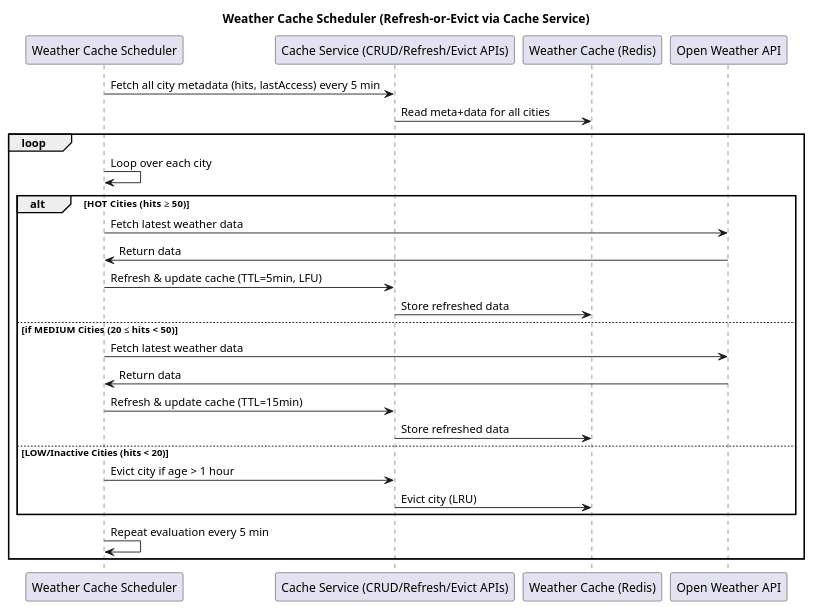
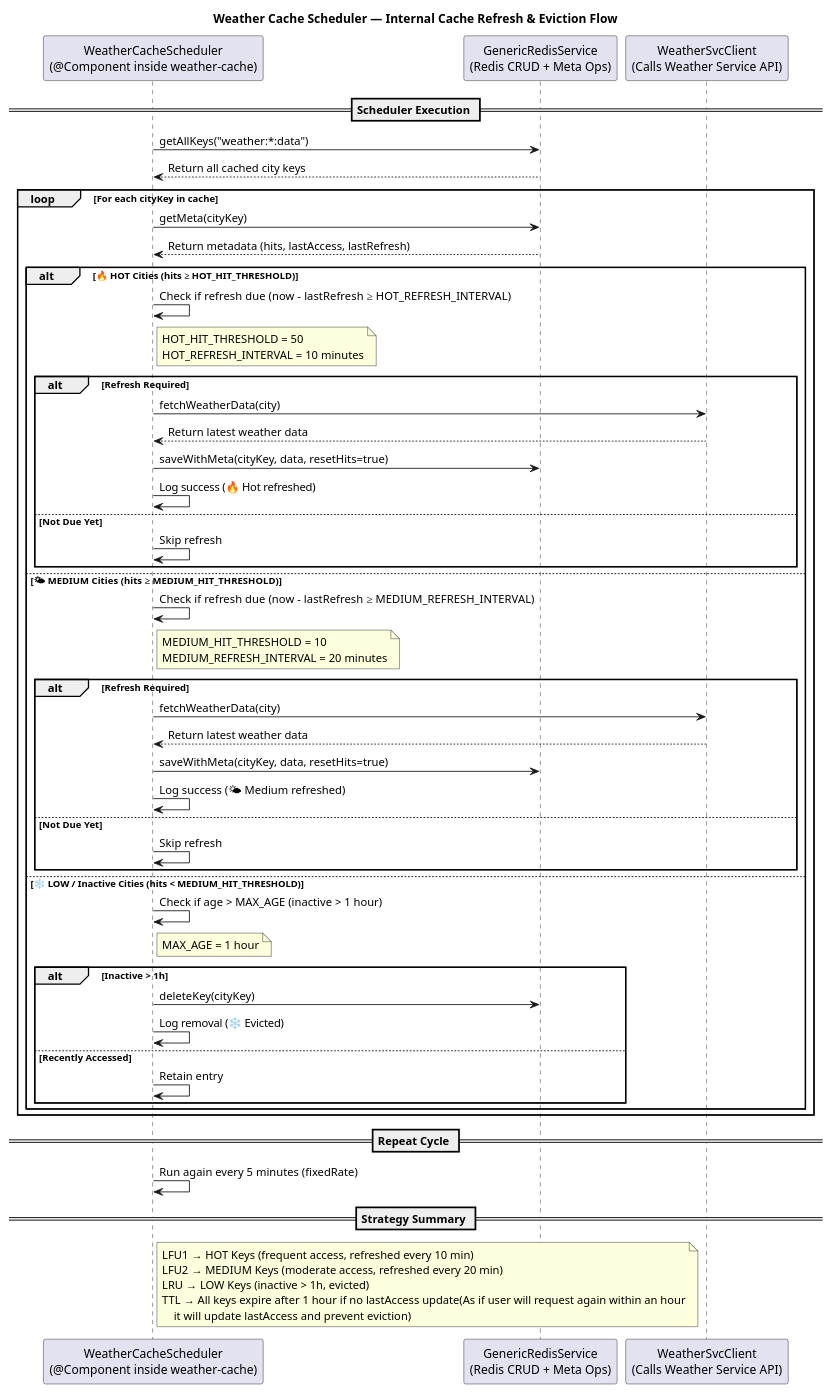
Before and after one commit to shivamnamdeo0101/weather-app: the diagram in SequnceSchedularDig.puml, drawn with PlantUML.

Commit message:
schedular uml updated

```diff
--- a/SequnceSchedularDig.puml
+++ b/SequnceSchedularDig.puml
@@ -1,33 +1,72 @@
 @startuml
-title Weather Cache Scheduler (Refresh-or-Evict via Cache Service)
+title Weather Cache Scheduler — Internal Cache Refresh & Eviction Flow
 
-participant "Weather Cache Scheduler" as scheduler
-participant "Cache Service (CRUD/Refresh/Evict APIs)" as service
-participant "Weather Cache (Redis)" as cache
-participant "Open Weather API" as api
+participant "WeatherCacheScheduler\n(@Component inside weather-cache)" as scheduler
+participant "GenericRedisService\n(Redis CRUD + Meta Ops)" as redis
+participant "WeatherSvcClient\n(Calls Weather Service API)" as svc
 
-scheduler -> service: Fetch all city metadata (hits, lastAccess) every 5 min
-service -> cache: Read meta+data for all cities
+== Scheduler Execution ==
+scheduler -> redis: getAllKeys("weather:*:data")
+redis --> scheduler: Return all cached city keys
 
-loop
-    scheduler -> scheduler: Loop over each city
+loop For each cityKey in cache
+    scheduler -> redis: getMeta(cityKey)
+    redis --> scheduler: Return metadata (hits, lastAccess, lastRefresh)
 
-    alt HOT Cities (hits ≥ 50)
-        scheduler -> api: Fetch latest weather data
-        api -> scheduler: Return data
-        scheduler -> service: Refresh & update cache (TTL=5min, LFU)
-        service -> cache: Store refreshed data
-    else if MEDIUM Cities (20 ≤ hits < 50)
-        scheduler -> api: Fetch latest weather data
-        api -> scheduler: Return data
-        scheduler -> service: Refresh & update cache (TTL=15min)
-        service -> cache: Store refreshed data
-    else LOW/Inactive Cities (hits < 20)
-        scheduler -> service: Evict city if age > 1 hour
-        service -> cache: Evict city (LRU)
+    alt 🔥 HOT Cities (hits ≥ HOT_HIT_THRESHOLD)
+        scheduler -> scheduler: Check if refresh due (now - lastRefresh ≥ HOT_REFRESH_INTERVAL)
+        note right of scheduler
+            HOT_HIT_THRESHOLD = 50
+            HOT_REFRESH_INTERVAL = 10 minutes
+        end note
+        alt Refresh Required
+            scheduler -> svc: fetchWeatherData(city)
+            svc --> scheduler: Return latest weather data
+            scheduler -> redis: saveWithMeta(cityKey, data, resetHits=true)
+            scheduler -> scheduler: Log success (🔥 Hot refreshed)
+        else Not Due Yet
+            scheduler -> scheduler: Skip refresh
+        end
+
+    else 🌤 MEDIUM Cities (hits ≥ MEDIUM_HIT_THRESHOLD)
+        scheduler -> scheduler: Check if refresh due (now - lastRefresh ≥ MEDIUM_REFRESH_INTERVAL)
+        note right of scheduler
+            MEDIUM_HIT_THRESHOLD = 10
+            MEDIUM_REFRESH_INTERVAL = 20 minutes
+        end note
+        alt Refresh Required
+            scheduler -> svc: fetchWeatherData(city)
+            svc --> scheduler: Return latest weather data
+            scheduler -> redis: saveWithMeta(cityKey, data, resetHits=true)
+            scheduler -> scheduler: Log success (🌤 Medium refreshed)
+        else Not Due Yet
+            scheduler -> scheduler: Skip refresh
+        end
+
+    else ❄️ LOW / Inactive Cities (hits < MEDIUM_HIT_THRESHOLD)
+        scheduler -> scheduler: Check if age > MAX_AGE (inactive > 1 hour)
+        note right of scheduler
+            MAX_AGE = 1 hour
+        end note
+        alt Inactive > 1h
+            scheduler -> redis: deleteKey(cityKey)
+            scheduler -> scheduler: Log removal (❄️ Evicted)
+        else Recently Accessed
+            scheduler -> scheduler: Retain entry
+        end
     end
-scheduler -> scheduler: Repeat evaluation every 5 min
-
 end
 
+== Repeat Cycle ==
+scheduler -> scheduler: Run again every 5 minutes (fixedRate)
+
+== Strategy Summary ==
+note right of scheduler
+LFU1 → HOT Keys (frequent access, refreshed every 10 min)
+LFU2 → MEDIUM Keys (moderate access, refreshed every 20 min)
+LRU → LOW Keys (inactive > 1h, evicted)
+TTL → All keys expire after 1 hour if no lastAccess update(As if user will request again within an hour
+    it will update lastAccess and prevent eviction)
+end note
+
 @enduml
```
